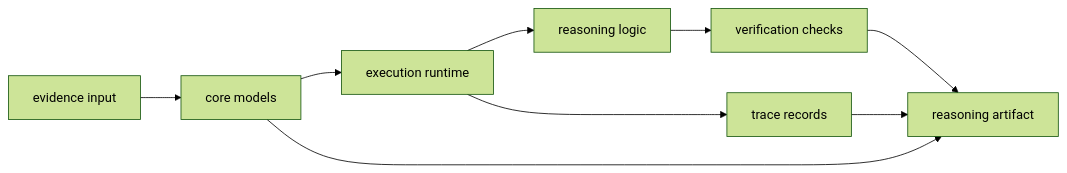
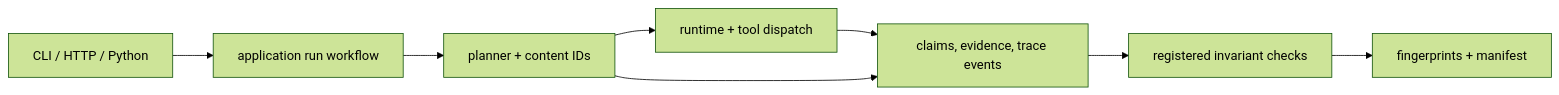
Before and after one commit to bijux/bijux-canon: the diagram in docs/04-bijux-canon-reason/architecture/index.md, drawn with Mermaid (forest theme). The commit also changed other lines of this file and 3 other files, not shown here.

Commit message:
docs(reason): trace claims through verification evidence

````diff
--- a/docs/04-bijux-canon-reason/architecture/index.md
+++ b/docs/04-bijux-canon-reason/architecture/index.md
@@ -21,14 +19,14 @@
 ```mermaid
 flowchart LR
-    evidence["evidence input"]
-    core["core models"]
-    execution["execution runtime"]
-    reasoning["reasoning logic"]
-    verification["verification checks"]
-    traces["trace records"]
-    output["reasoning artifact"]
+    interfaces["CLI / HTTP / Python"]
+    workflow["application run workflow"]
+    planning["planner + content IDs"]
+    execution["runtime + tool dispatch"]
+    models["claims, evidence, trace events"]
+    verification["registered invariant checks"]
+    artifacts["fingerprints + manifest"]
 
-    evidence --> core --> execution --> reasoning --> verification --> output
-    execution --> traces --> output
-    core --> output
+    interfaces --> workflow --> planning --> execution
+    execution --> models --> verification --> artifacts
+    planning --> models
 ```
````
